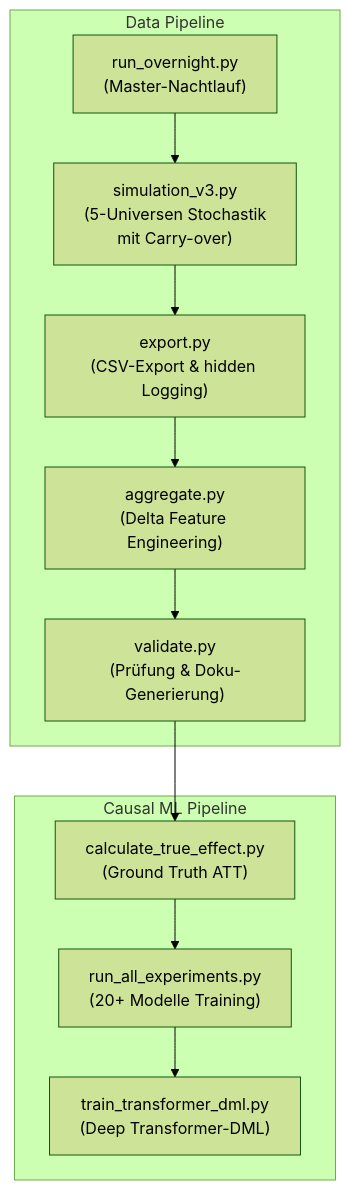
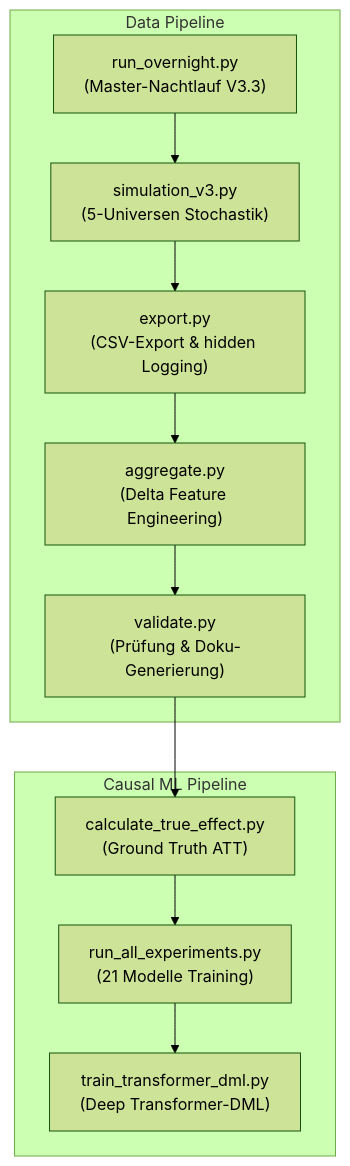
One commit to mAInbrAIn-wk/DeepHSSurvial changed the diagram in README.md. Above: the diagram before and after it, drawn with Mermaid (forest theme). The commit also changed other lines of this file and 190 other files, not shown here.

````diff
--- a/README.md
+++ b/README.md
@@ -110,15 +117,15 @@
 ```mermaid
 flowchart TD
     subgraph Data Pipeline
-        A["run_overnight.py\n(Master-Nachtlauf)"] --> B["simulation_v3.py\n(5-Universen Stochastik\nmit Carry-over)"]
+        A["run_overnight.py\n(Master-Nachtlauf V3.3)"] --> B["simulation_v3.py\n(5-Universen Stochastik)"]
         B --> C["export.py\n(CSV-Export & hidden Logging)"]
         C --> D["aggregate.py\n(Delta Feature Engineering)"]
         D --> E["validate.py\n(Prüfung & Doku-Generierung)"]
     end
 
     subgraph Causal ML Pipeline
         E --> F["calculate_true_effect.py\n(Ground Truth ATT)"]
-        F --> G["run_all_experiments.py\n(20+ Modelle Training)"]
+        F --> G["run_all_experiments.py\n(21 Modelle Training)"]
         G --> H["train_transformer_dml.py\n(Deep Transformer-DML)"]
     end
 ```
````
